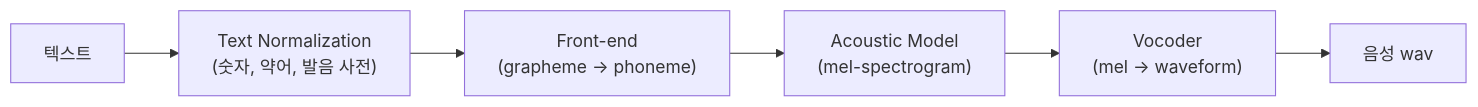
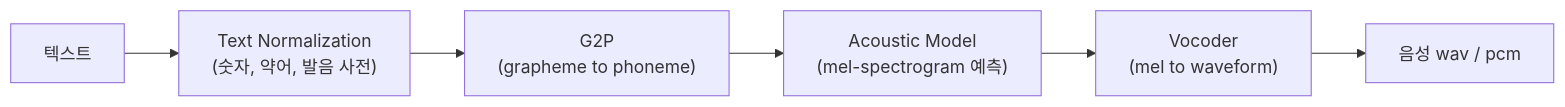
One commit to shinkeonkim/shinkeonkim.github.io changed the second of 5 diagrams in src/content/wiki/voice/tts-models-overview.mdx. Above: the diagram before and after it, drawn with Mermaid. The commit also changed other lines of this file and 526 other files, not shown here.

First line of the commit message:
content(wiki): 전수조사 및 대규모 보강 (짧은 파일 0, mermaid +645)

````diff
--- a/src/content/wiki/voice/tts-models-overview.mdx
+++ b/src/content/wiki/voice/tts-models-overview.mdx
@@ -35,8 +66,8 @@
 ```mermaid
 flowchart LR
-    Text["텍스트"] --> Norm["Text Normalization<br/>(숫자, 약어, 발음 사전)"]
-    Norm --> Front["Front-end<br/>(grapheme → phoneme)"]
-    Front --> Acoustic["Acoustic Model<br/>(mel-spectrogram)"]
-    Acoustic --> Vocoder["Vocoder<br/>(mel → waveform)"]
-    Vocoder --> Audio[음성 wav]
+    Text["텍스트"] --> Norm["Text Normalization\n(숫자, 약어, 발음 사전)"]
+    Norm --> Front["G2P\n(grapheme to phoneme)"]
+    Front --> Acoustic["Acoustic Model\n(mel-spectrogram 예측)"]
+    Acoustic --> Vocoder["Vocoder\n(mel to waveform)"]
+    Vocoder --> Audio["음성 wav / pcm"]
 ```
````
